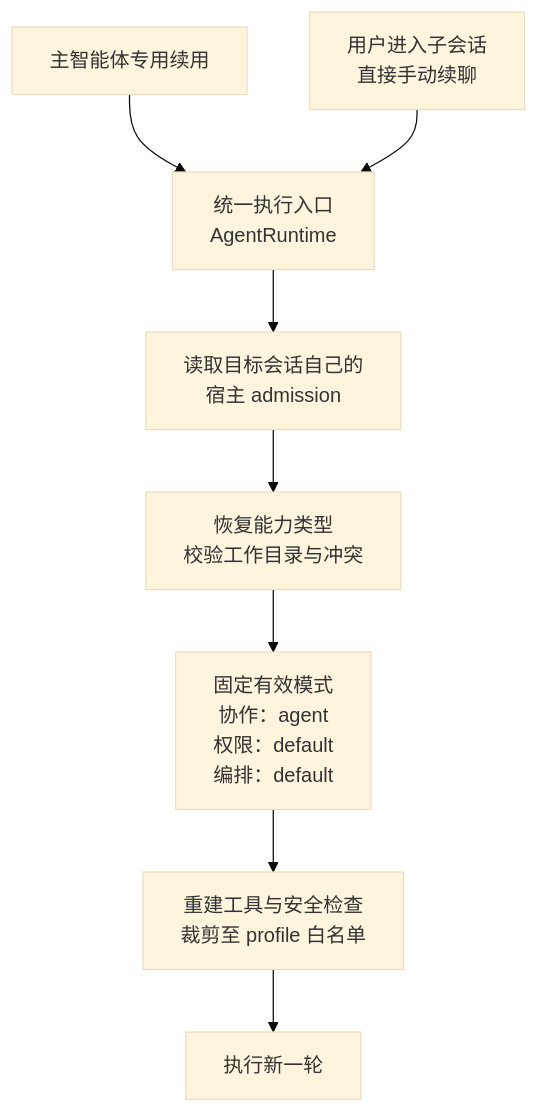
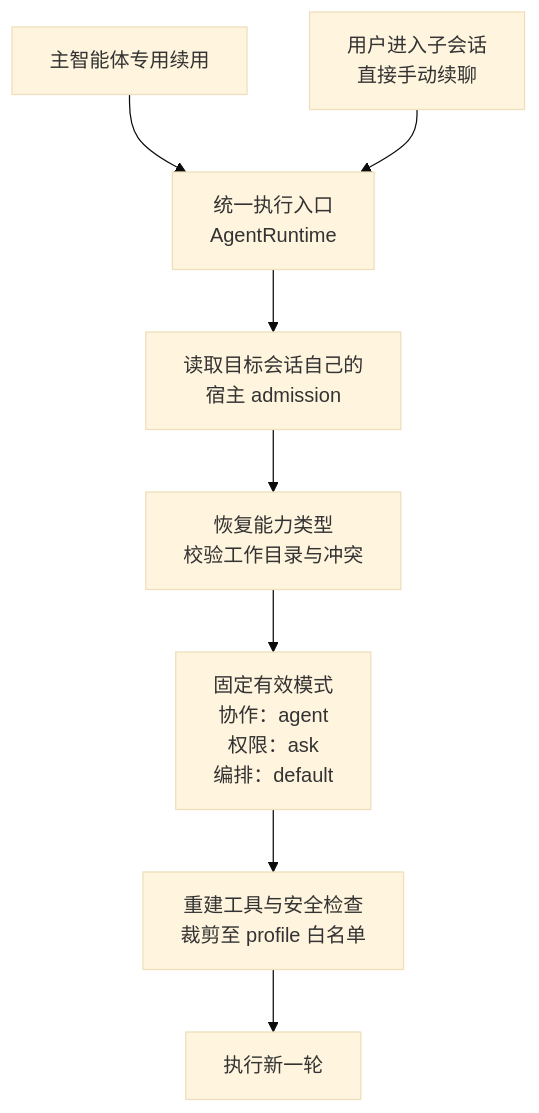
One commit to 99Gaoxiaoqi/pico-harness changed the diagram in docs/images/pico-subagents/permissions.mmd. Above: the diagram before and after it, drawn with Mermaid (base theme). The commit also changed 187 other files, not shown here.

```diff
--- a/docs/images/pico-subagents/permissions.mmd
+++ b/docs/images/pico-subagents/permissions.mmd
@@ -1,8 +1,8 @@
 flowchart TB
     A["主智能体专用续用"] --> R["统一执行入口<br/>AgentRuntime"]
     B["用户进入子会话<br/>直接手动续聊"] --> R
     R --> I["读取目标会话自己的<br/>宿主 admission"]
     I --> P["恢复能力类型<br/>校验工作目录与冲突"]
-    P --> M["固定有效模式<br/>协作：agent<br/>权限：default<br/>编排：default"]
+    P --> M["固定有效模式<br/>协作：agent<br/>权限：ask<br/>编排：default"]
     M --> T["重建工具与安全检查<br/>裁剪至 profile 白名单"]
     T --> E["执行新一轮"]
```
